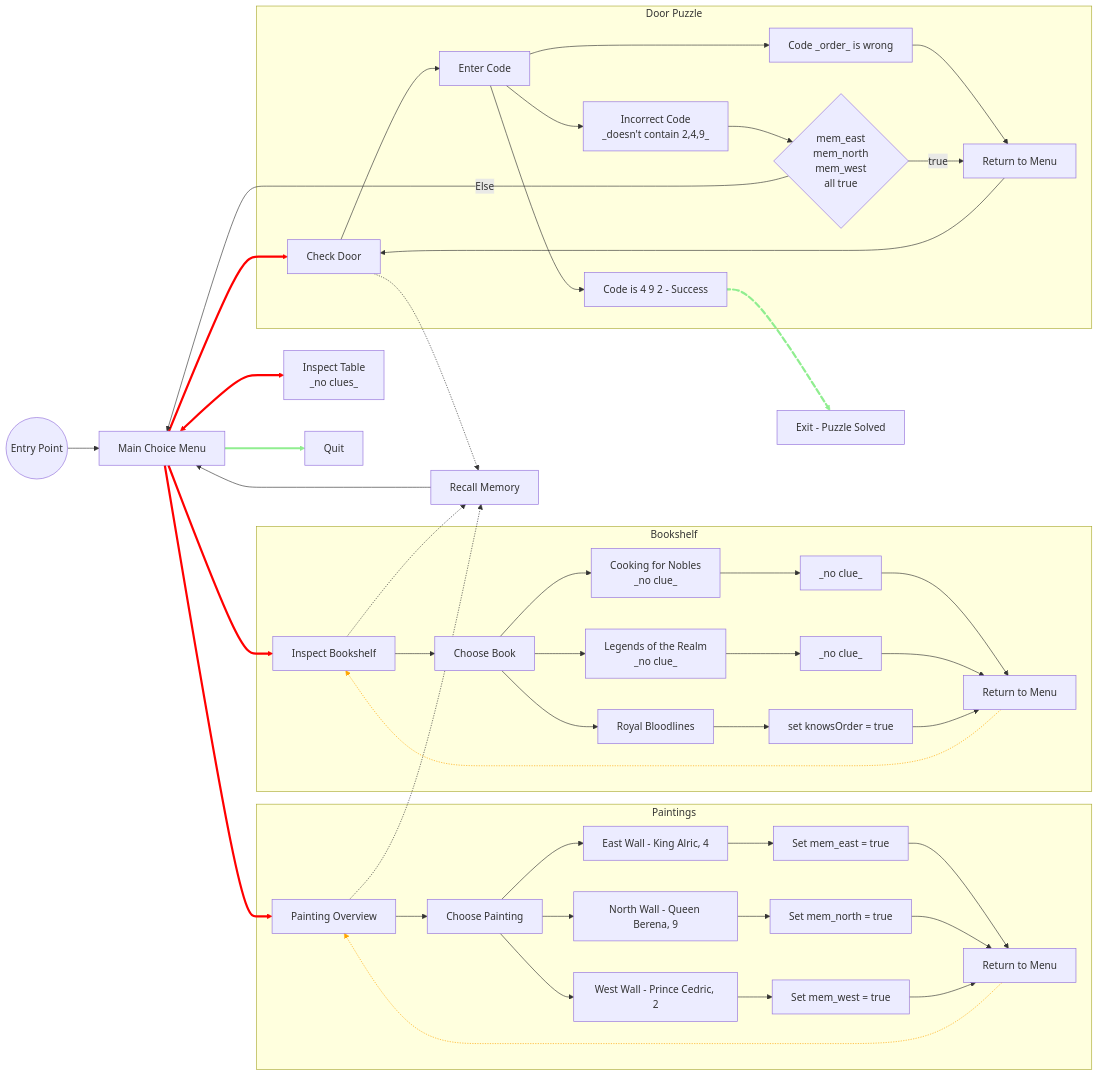
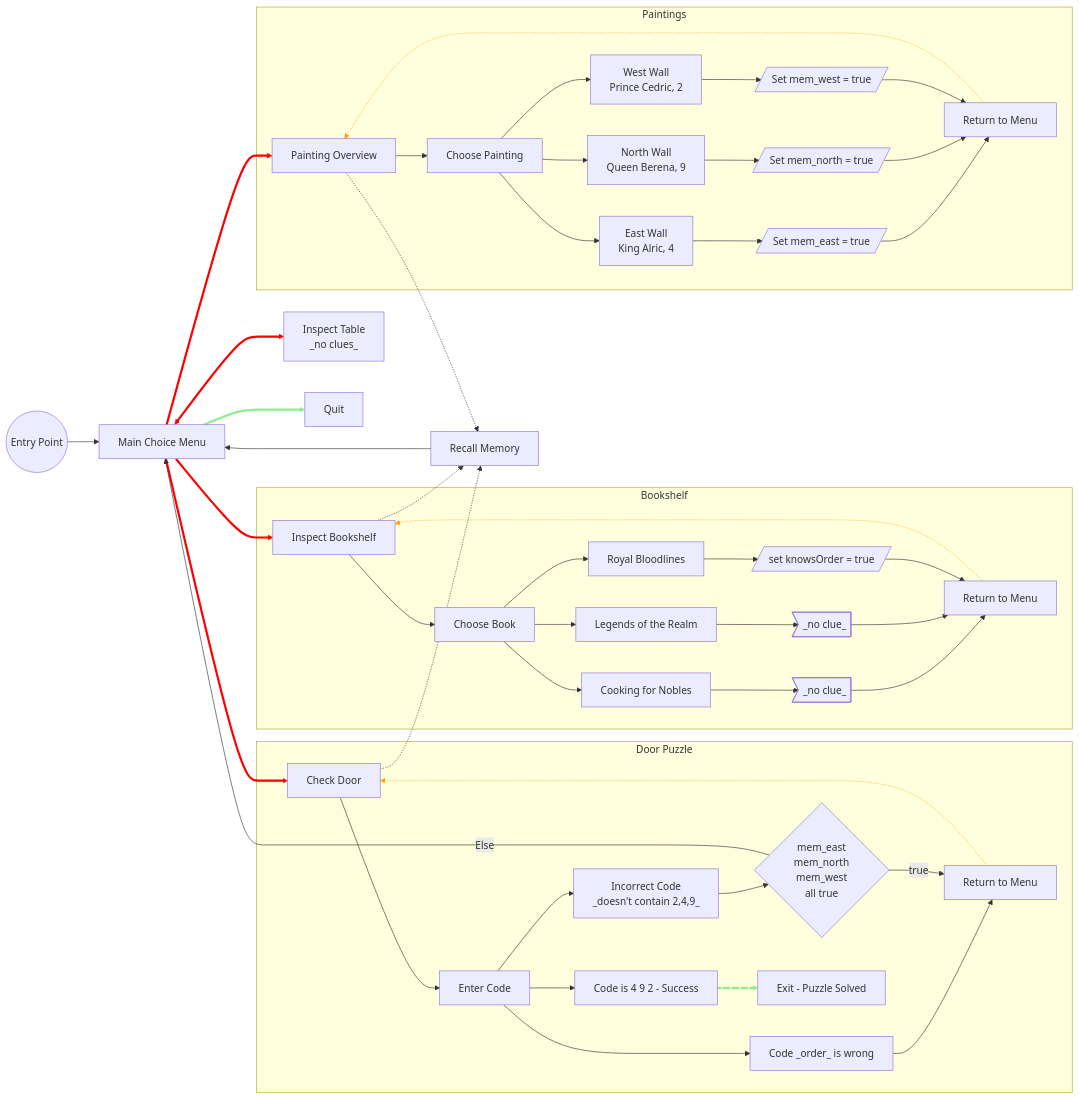
Before and after one commit to SDS2025/test_vxml: the third of 3 diagrams in Files/Diagrams/README.md, drawn with Mermaid.

Commit message:
diagram cosmetic changes

```diff
--- a/Files/Diagrams/README.md
+++ b/Files/Diagrams/README.md
@@ -167,14 +167,14 @@
     D[Painting Overview]
     D --> D1[Choose Painting]
 
-    D1 --> D2[East Wall - King Alric, 4]
-    D2 -->D12[Set mem_east = true] --> Eretp
+    D1 --> D2[East Wall<br>King Alric, 4]
+    D2 -->D12[/Set mem_east = true/] --> Eretp
 
-    D1 --> D3[North Wall - Queen Berena, 9]
-    D3 -->D11[Set mem_north = true] -->Eretp
+    D1 --> D3[North Wall<br>Queen Berena, 9]
+    D3 -->D11[/Set mem_north = true/] -->Eretp
 
-    D1 --> D4[West Wall - Prince Cedric, 2]
-    D4 --> D10[Set mem_west = true] -->Eretp
+    D1 --> D4[West Wall<br>Prince Cedric, 2]
+    D4 --> D10[/Set mem_west = true/] -->Eretp
     Eretp e7@-.-> D
     %% D1 --> B
     end
@@ -184,14 +184,14 @@
         E[Inspect Bookshelf]
         E --> E1[Choose Book]
 
-        E1 --> E2[Cooking for Nobles<br>_no clue_]
-        E2 --> E11[_no clue_] --> Eret
+        E1 --> E2[Cooking for Nobles]
+        E2 --> E11>_no clue_] --> Eret
 
-        E1 --> E3[Legends of the Realm<br>_no clue_]
-        E3 --> E12[_no clue_] -->Eret
+        E1 --> E3[Legends of the Realm]
+        E3 --> E12>_no clue_] -->Eret
 
         E1 --> E4[Royal Bloodlines]
-        E4 -->E10[set knowsOrder = true]--> Eret
+        E4 -->E10[/set knowsOrder = true/]--> Eret
         Eret e8@-.-> E        
 
         %% E1 --> B
@@ -211,13 +211,13 @@
     F3 --> F11
 
     F1 --> F4[Incorrect Code<br>_doesn't contain 2,4,9_]
-    F4 -->F10{mem_east<br>mem_north<br>mem_west<br>all true} --> |true|F11[Return to Menu] -->F
+    F4 -->F10{mem_east<br>mem_north<br>mem_west<br>all true} --> |true|F11[Return to Menu] e9@-.->F
     
+    F2 e10@==> I[Exit - Puzzle Solved]
   end
     F10 -->|Else| B
     F -.-> G
     B e6@==> H[Quit]
-    F2 e10@==> I[Exit - Puzzle Solved]
 
 
     classDef mainMenu stroke:red
```
